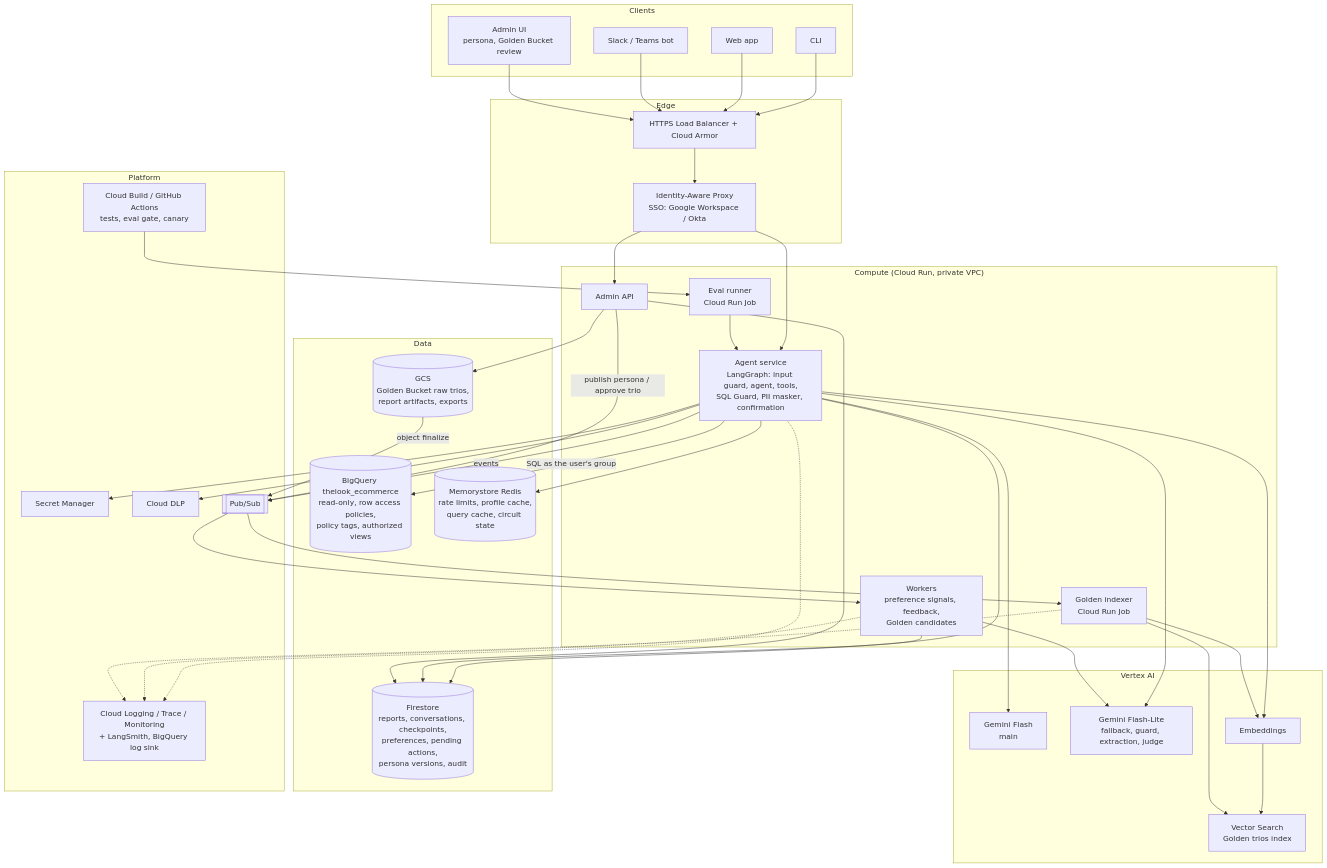
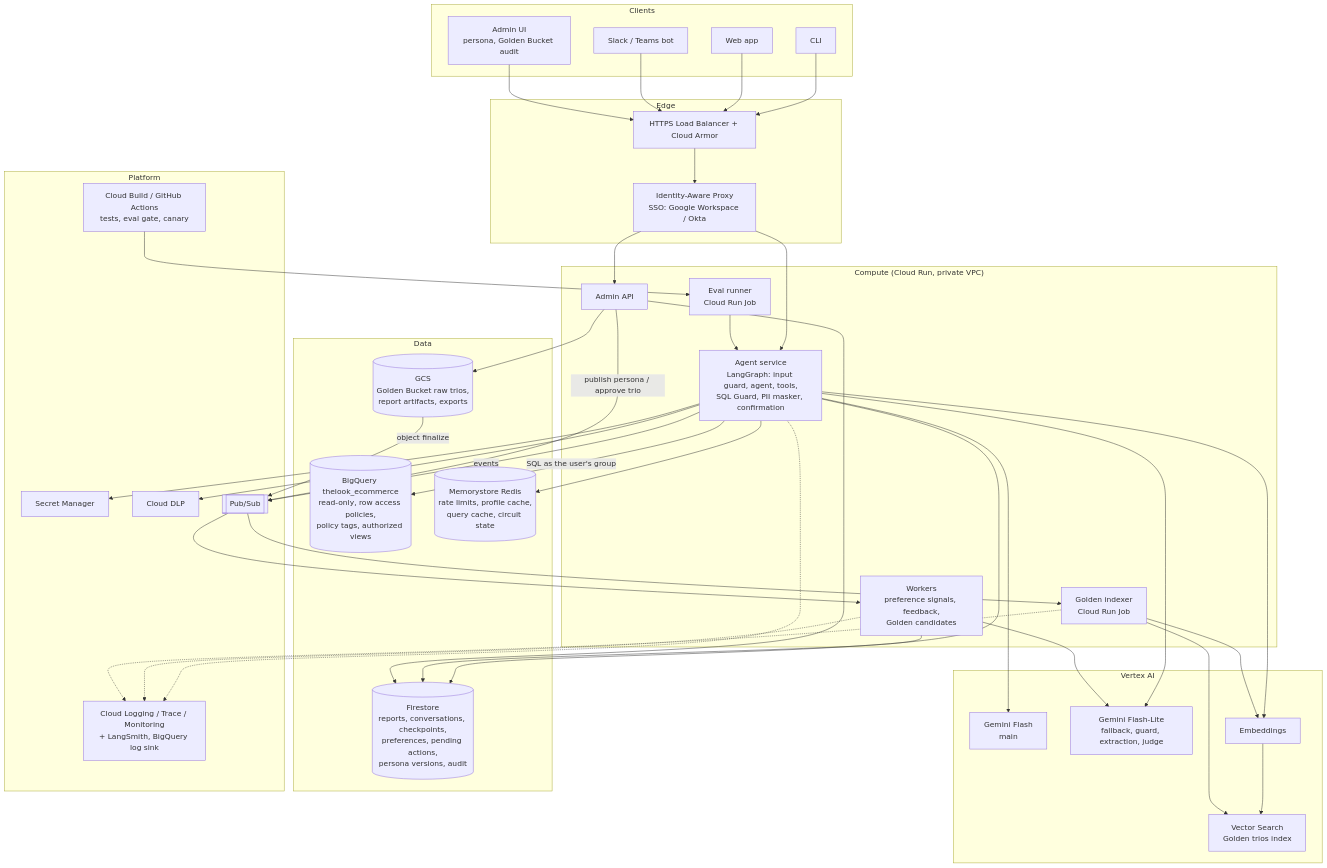
The first of 6 diagrams in docs/architecture.md (Justegoriy/guliaev-retail-agent), drawn with Mermaid before and after one commit. The commit also changed other lines of this file and 13 other files, not shown here.

First line of the commit message:
Step 15.1: automatic promotion of Golden Bucket candidates

````diff
--- a/docs/architecture.md
+++ b/docs/architecture.md
@@ -45,77 +45,77 @@
 ```mermaid
 flowchart TB
     subgraph Clients
         CLI[CLI]
         WEB[Web app]
         SLACK[Slack / Teams bot]
-        ADMIN[Admin UI<br/>persona, Golden Bucket review]
+        ADMIN[Admin UI<br/>persona, Golden Bucket audit]
     end
 
     subgraph Edge
         LB[HTTPS Load Balancer + Cloud Armor]
         IAP[Identity-Aware Proxy<br/>SSO: Google Workspace / Okta]
     end
 
     subgraph Compute["Compute (Cloud Run, private VPC)"]
         AGENT[Agent service<br/>LangGraph: input guard, agent, tools,<br/>SQL Guard, PII masker, confirmation]
         ADMINAPI[Admin API]
         WORKERS[Workers<br/>preference signals, feedback,<br/>Golden candidates]
         INDEXER[Golden indexer<br/>Cloud Run Job]
         EVAL[Eval runner<br/>Cloud Run Job]
     end
 
     subgraph AI["Vertex AI"]
         GEMINI[Gemini Flash<br/>main]
         GEMINIL[Gemini Flash-Lite<br/>fallback, guard, extraction, judge]
         EMB[Embeddings]
         VS[Vector Search<br/>Golden trios index]
     end
 
     subgraph Data
         BQ[(BigQuery thelook_ecommerce<br/>read-only, row access policies,<br/>policy tags, authorized views)]
         GCS[(GCS<br/>Golden Bucket raw trios,<br/>report artifacts, exports)]
         FS[(Firestore<br/>reports, conversations, checkpoints,<br/>preferences, pending actions,<br/>persona versions, audit)]
         REDIS[(Memorystore Redis<br/>rate limits, profile cache,<br/>query cache, circuit state)]
     end
 
     subgraph Platform
         SM[Secret Manager]
         DLP[Cloud DLP]
         PS[[Pub/Sub]]
         OBS[Cloud Logging / Trace / Monitoring<br/>+ LangSmith, BigQuery log sink]
         CICD[Cloud Build / GitHub Actions<br/>tests, eval gate, canary]
     end
 
     CLI & WEB & SLACK --> LB --> IAP --> AGENT
     ADMIN --> LB
     IAP --> ADMINAPI
 
     AGENT --> GEMINI
     AGENT --> GEMINIL
     AGENT --> EMB --> VS
     AGENT -->|SQL as the user's group| BQ
     AGENT --> FS
     AGENT --> REDIS
     AGENT --> DLP
     AGENT --> SM
     AGENT -->|events| PS
 
     PS --> WORKERS
     WORKERS --> FS
     WORKERS --> GEMINIL
     GCS -->|object finalize| PS
     PS --> INDEXER
     INDEXER --> EMB
     INDEXER --> VS
 
     ADMINAPI --> FS
     ADMINAPI --> GCS
     ADMINAPI -->|publish persona / approve trio| PS
 
     CICD --> EVAL
     EVAL --> AGENT
 
     AGENT -.-> OBS
     WORKERS -.-> OBS
     INDEXER -.-> OBS
 ```
````
